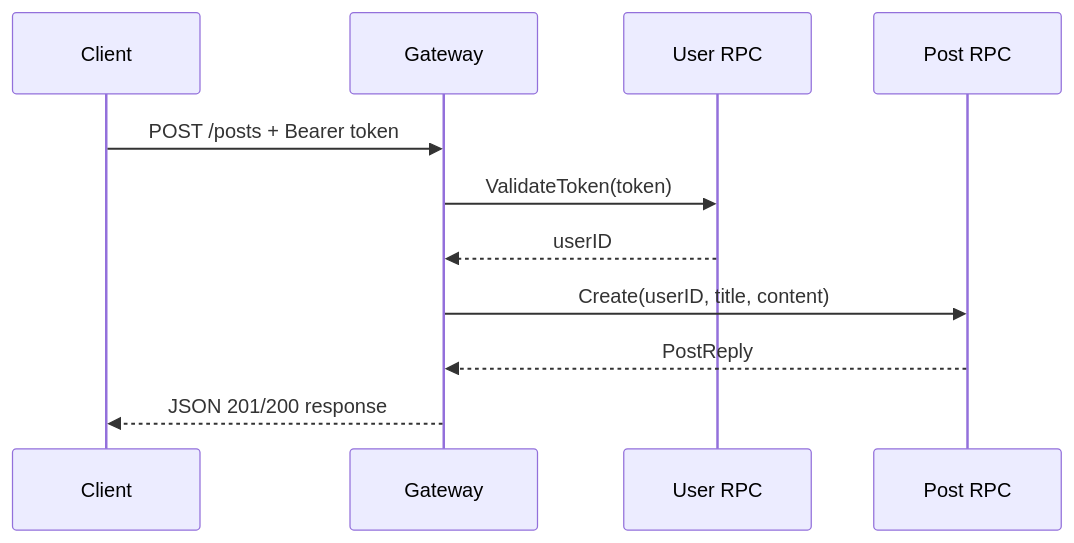
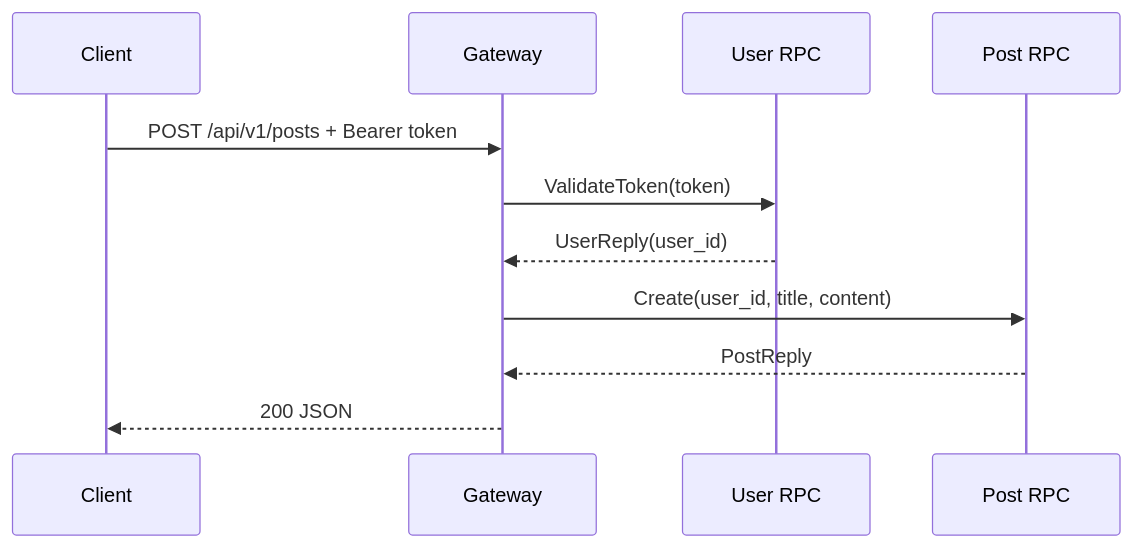
Before and after one commit to zzxrepository/gocode: the second of 4 diagrams in src/backend/go/frameworks-and-ecosystem/03-microservice-frameworks/02-go-zero.md, drawn with Mermaid. The commit also changed other lines of this file and 1 other file, not shown here.

````diff
--- a/src/backend/go/frameworks-and-ecosystem/03-microservice-frameworks/02-go-zero.md
+++ b/src/backend/go/frameworks-and-ecosystem/03-microservice-frameworks/02-go-zero.md
@@ -106,13 +79,13 @@
-~~~mermaid
+```mermaid
 sequenceDiagram
     participant C as Client
     participant G as Gateway
     participant U as User RPC
     participant P as Post RPC
-    C->>G: POST /posts + Bearer token
+    C->>G: POST /api/v1/posts + Bearer token
     G->>U: ValidateToken(token)
-    U-->>G: userID
-    G->>P: Create(userID, title, content)
+    U-->>G: UserReply(user_id)
+    G->>P: Create(user_id, title, content)
     P-->>G: PostReply
-    G-->>C: JSON 201/200 response
-~~~
+    G-->>C: 200 JSON
+```
````
